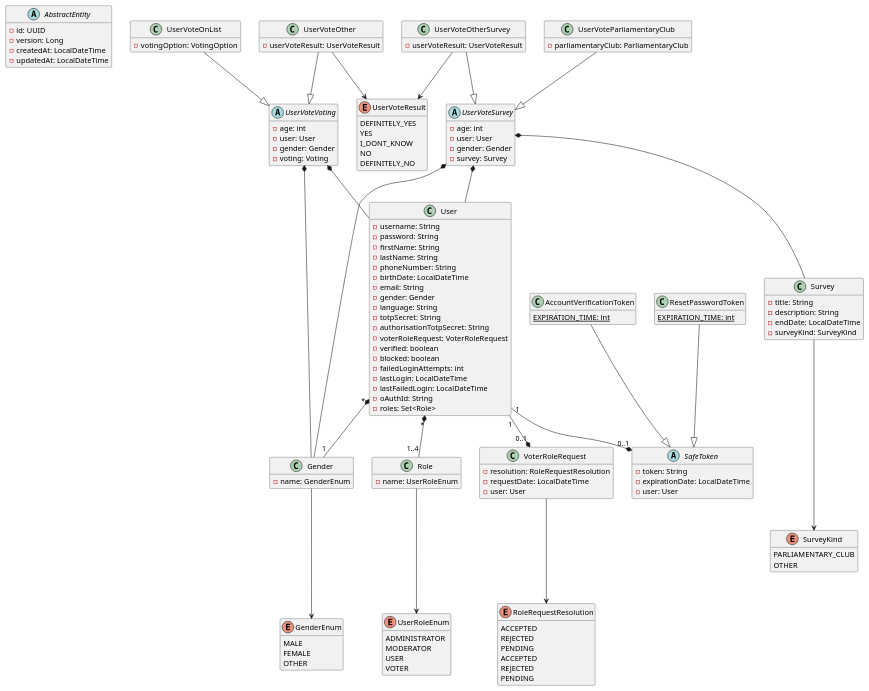
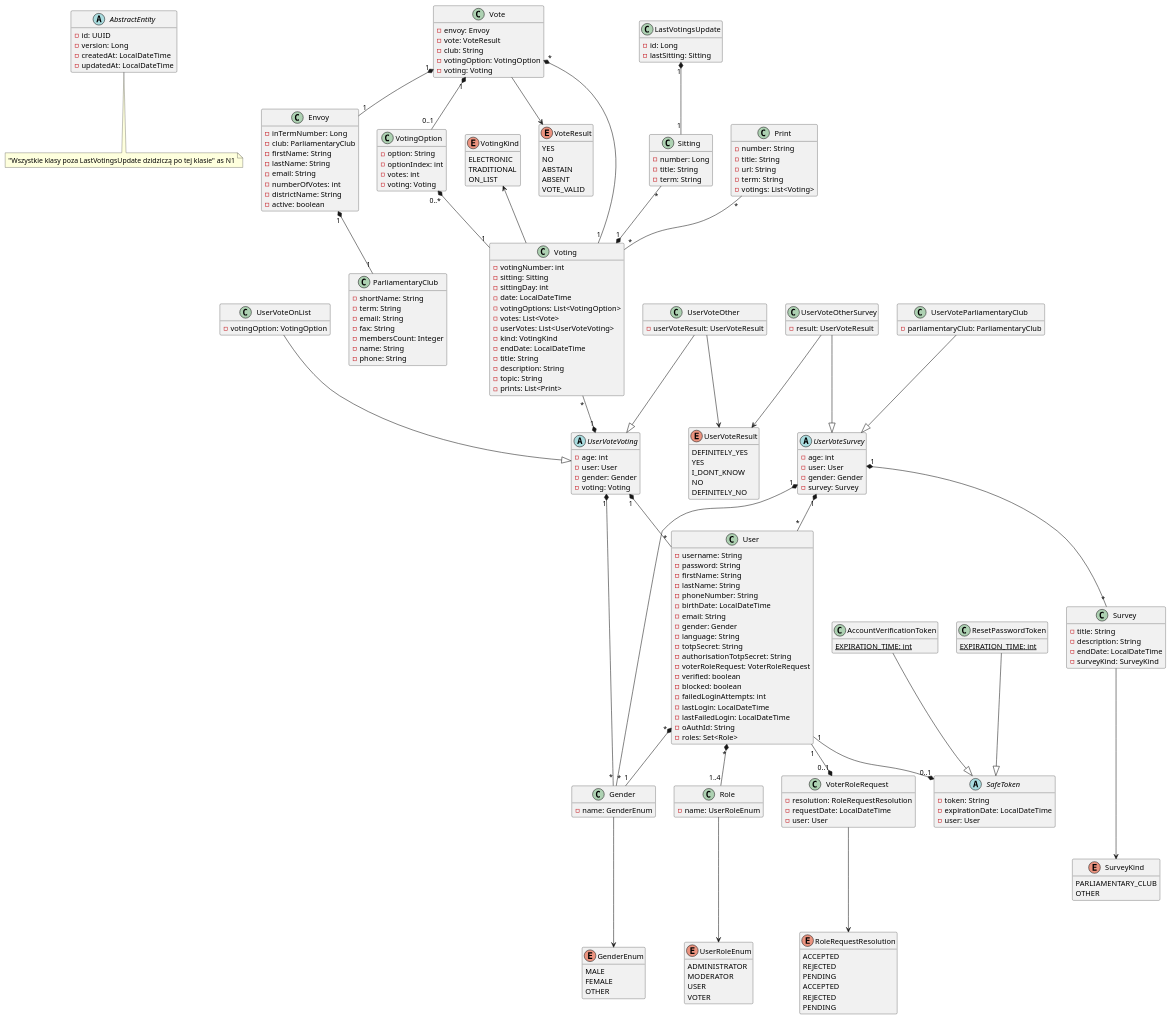
The diagram in diagrams/class.puml (KacperKafara/VotingApp), drawn with PlantUML before and after one commit. The commit also changed 6 other files, not shown here.

```diff
--- a/diagrams/class.puml
+++ b/diagrams/class.puml
@@ -7,6 +7,8 @@
     -createdAt: LocalDateTime
     -updatedAt: LocalDateTime
 }
+
+note bottom of AbstractEntity: "Wszystkie klasy poza LastVotingsUpdate dzidziczą po tej klasie" as N1
 
 'Głosy
 
@@ -53,7 +55,7 @@
 }
 
 class UserVoteOtherSurvey {
-    -userVoteResult: UserVoteResult
+    -result: UserVoteResult
 }
 
 UserVoteOtherSurvey --> UserVoteResult
@@ -75,12 +77,12 @@
 }
 
 Survey ---> SurveyKind
-UserVoteSurvey *-- Survey
-UserVoteSurvey *-- User
-UserVoteSurvey *-- Gender
+UserVoteSurvey "1" *-- "*" Survey
+UserVoteSurvey "1" *-- "*" User
+UserVoteSurvey "1" *-- "*" Gender
 
-UserVoteVoting *-- User
-UserVoteVoting *-- Gender
+UserVoteVoting "1" *-- "*" User
+UserVoteVoting "1" *-- "*" Gender
 
 'Tokeny
 
@@ -164,6 +166,91 @@
     PENDING
 }
 
+class Envoy {
+    -inTermNumber: Long
+    -club: ParliamentaryClub
+    -firstName: String
+    -lastName: String
+    -email: String
+    -numberOfVotes: int
+    -districtName: String
+    -active: boolean
+}
+
+class LastVotingsUpdate {
+    -id: Long
+    -lastSitting: Sitting
+}
+
+class ParliamentaryClub {
+    -shortName: String
+    -term: String
+    -email: String
+    -fax: String
+    -membersCount: Integer
+    -name: String
+    -phone: String
+}
+
+class Print {
+    -number: String
+    -title: String
+    -url: String
+    -term: String
+    -votings: List<Voting>
+}
+
+class Sitting {
+    -number: Long
+    -title: String
+    -term: String
+}
+
+class Vote {
+    -envoy: Envoy
+    -vote: VoteResult
+    -club: String
+    -votingOption: VotingOption
+    -voting: Voting
+}
+
+enum VoteResult {
+    YES
+    NO
+    ABSTAIN
+    ABSENT
+    VOTE_VALID
+}
+
+class Voting {
+    -votingNumber: int
+    -sitting: Sitting
+    -sittingDay: int
+    -date: LocalDateTime
+    -votingOptions: List<VotingOption>
+    -votes: List<Vote>
+    -userVotes: List<UserVoteVoting>
+    -kind: VotingKind
+    -endDate: LocalDateTime
+    -title: String
+    -description: String
+    -topic: String
+    -prints: List<Print>
+}
+
+enum VotingKind {
+    ELECTRONIC
+    TRADITIONAL
+    ON_LIST
+}
+
+class VotingOption {
+    -option: String
+    -optionIndex: int
+    -votes: int
+    -voting: Voting
+}
+
 User "1" --* "0..1" SafeToken
 User "*" *-- "1" Gender
 User "*" *-- "1..4" Role
@@ -172,5 +259,18 @@
 Role ---> UserRoleEnum
 VoterRoleRequest ---> RoleRequestResolution
 
+Print "*" -- "*"  Voting
+Vote "1" *-- "1" Envoy
+Vote --> VoteResult
+Vote "1" *-- "0..1" VotingOption
+Vote "*" *-- "1" Voting
+VotingOption "0..*" *-- "1" Voting
+VotingKind <-- Voting
+Sitting "*" --* "1" Voting
+Envoy "1" *-- "1" ParliamentaryClub
+LastVotingsUpdate "1" *-- "1" Sitting
+Voting "*" --* "1" UserVoteVoting
+
+
 hide empty members
 @enduml
```
